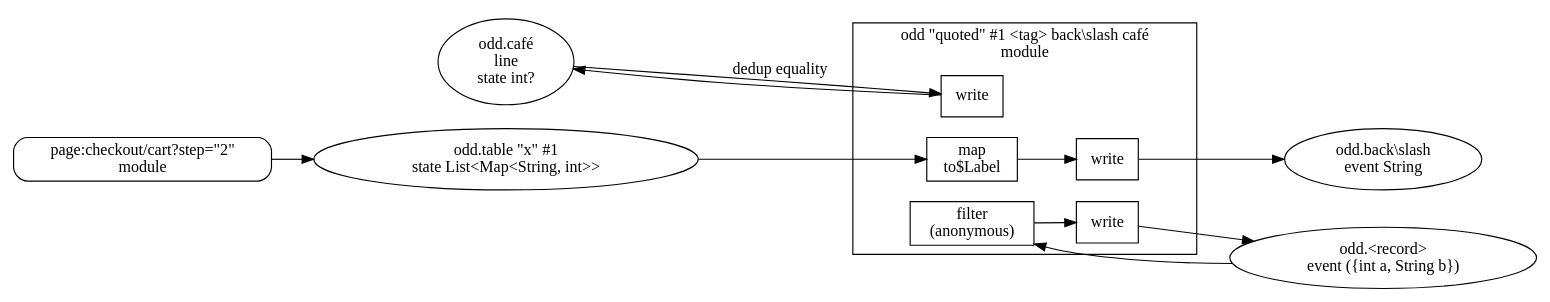
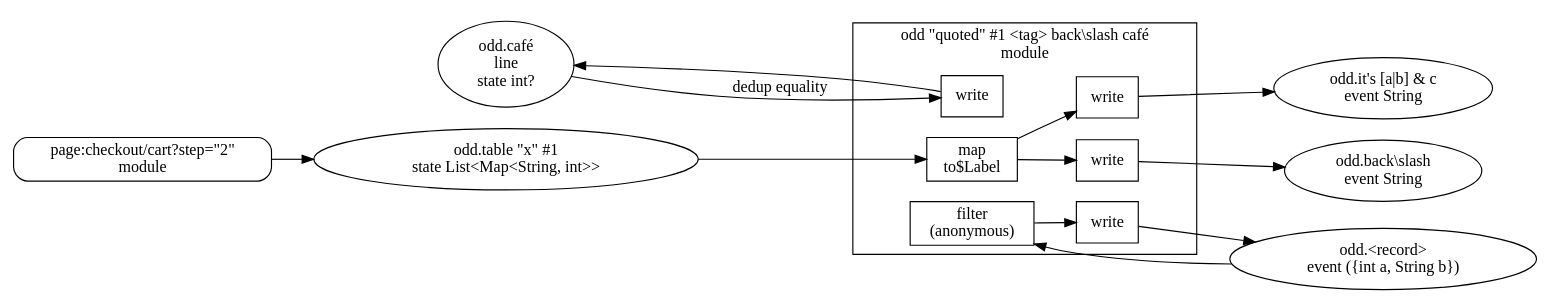
Before and after one commit to Samsara-Stream/nidana-bus-dart: the diagram in hsdd/contract/fixture/topology-ir/render/escaping.dot, drawn with Graphviz. The commit also changed 12 other files, not shown here.

```diff
--- a/hsdd/contract/fixture/topology-ir/render/escaping.dot
+++ b/hsdd/contract/fixture/topology-ir/render/escaping.dot
@@ -1,28 +1,32 @@
 digraph topologies {
   rankdir=LR;
   t0 [shape=ellipse, label="odd.<record>\nevent ({int a, String b})"];
   t1 [shape=ellipse, label="odd.back\\slash\nevent String"];
   t2 [shape=ellipse, label="odd.café\nline\nstate int?"];
-  t3 [shape=ellipse, label="odd.table \"x\" #1\nstate List<Map<String, int>>"];
+  t3 [shape=ellipse, label="odd.it's [a|b] & c\nevent String"];
+  t4 [shape=ellipse, label="odd.table \"x\" #1\nstate List<Map<String, int>>"];
   subgraph cluster_p0 {
     label="idle\npage";
   }
   subgraph cluster_p1 {
     label="odd \"quoted\" #1 <tag> back\\slash café\nmodule";
     p1e0 [shape=box, label="map\nto$Label"];
     p1e1 [shape=box, label="filter\n(anonymous)"];
     p1e2 [shape=box, label="write"];
     p1e3 [shape=box, label="write"];
     p1e4 [shape=box, label="write"];
+    p1e5 [shape=box, label="write"];
   }
   s0 [shape=box, style=rounded, label="page:checkout/cart?step=\"2\"\nmodule"];
-  t3 -> p1e0;
+  t4 -> p1e0;
   t0 -> p1e1;
   p1e0 -> p1e2;
   p1e2 -> t1;
   p1e1 -> p1e3;
   p1e3 -> t0;
   t2 -> p1e4 [label="dedup equality"];
   p1e4 -> t2;
-  s0 -> t3;
+  p1e0 -> p1e5;
+  p1e5 -> t3;
+  s0 -> t4;
 }
```
